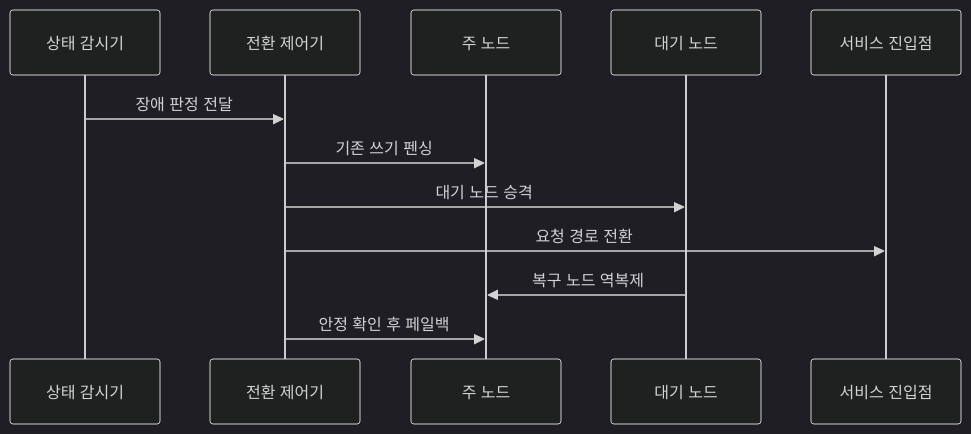
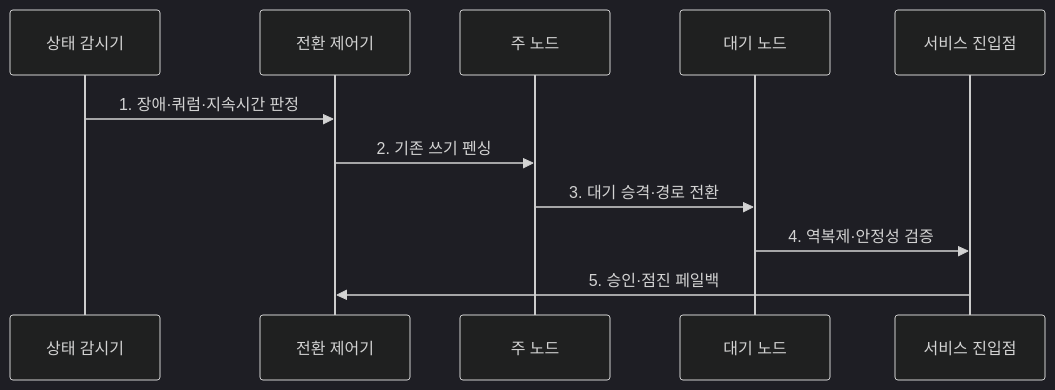
Before and after one commit to agnusdei1207/knowledge-base: the second of 2 diagrams in src/content/docs/notes/06-evaluation/022_auto_failover_failback.md, drawn with Mermaid (dark theme). The commit also changed other lines of this file and 6 other files, not shown here.

````diff
--- a/src/content/docs/notes/06-evaluation/022_auto_failover_failback.md
+++ b/src/content/docs/notes/06-evaluation/022_auto_failover_failback.md
@@ -86,14 +85,13 @@
 ```mermaid
 sequenceDiagram
-    participant M as 상태 감시기
-    participant C as 전환 제어기
-    participant P as 주 노드
-    participant S as 대기 노드
-    participant E as 서비스 진입점
-    M->>C: 장애 판정 전달
-    C->>P: 기존 쓰기 펜싱
-    C->>S: 대기 노드 승격
-    C->>E: 요청 경로 전환
-    S->>P: 복구 노드 역복제
-    C->>P: 안정 확인 후 페일백
+  participant M as 상태 감시기
+  participant C as 전환 제어기
+  participant P as 주 노드
+  participant S as 대기 노드
+  participant E as 서비스 진입점
+  M->>C: 1. 장애·쿼럼·지속시간 판정
+  C->>P: 2. 기존 쓰기 펜싱
+  P->>S: 3. 대기 승격·경로 전환
+  S->>E: 4. 역복제·안정성 검증
+  E->>C: 5. 승인·점진 페일백
 ```
````
